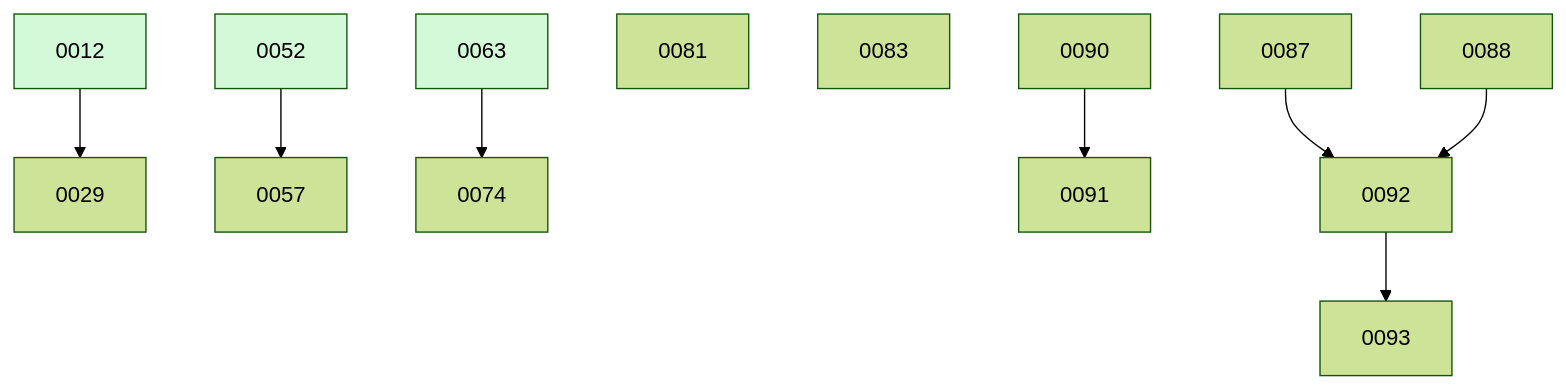
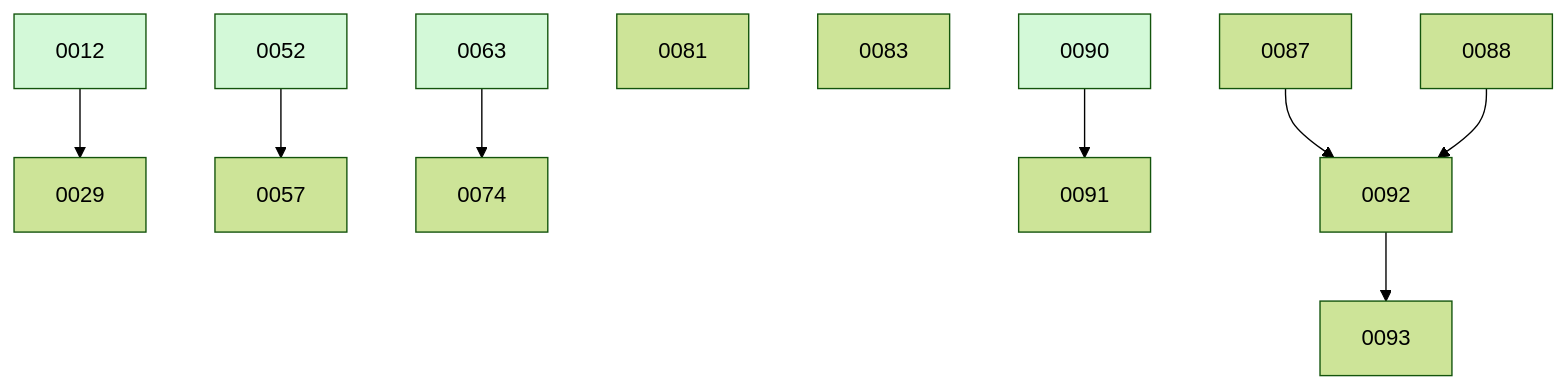
One commit to ethanhinson/fuse changed the diagram in docs/changes/BOARD.md. Above: the diagram before and after it, drawn with Mermaid (forest theme). The commit also changed other lines of this file and 4 other files, not shown here.

````diff
--- a/docs/changes/BOARD.md
+++ b/docs/changes/BOARD.md
@@ -36,19 +40,19 @@
 ```mermaid
 graph TD
   0012 --> 0029
   0052 --> 0057
   0063 --> 0074
   0081
   0083
   0087
   0088
-  0090
   0090 --> 0091
   0087 --> 0092
   0088 --> 0092
   0092 --> 0093
   0012:::done
   0052:::done
   0063:::done
+  0090:::done
   classDef done fill:#d3f9d8;
 ```
````
